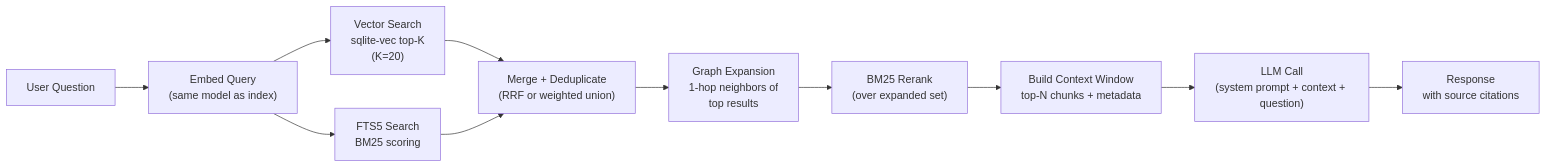
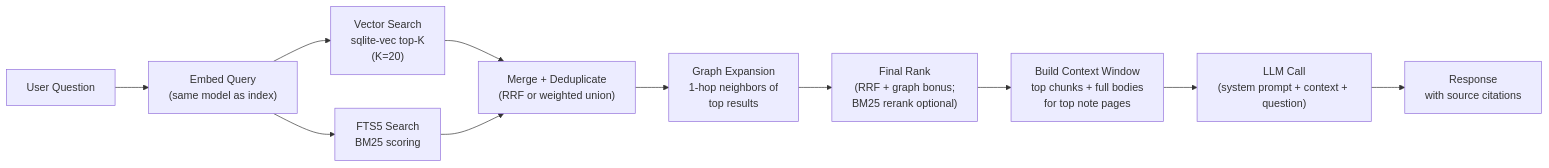
The third of 7 diagrams in docs/technical_architecture/004_AI_INTEGRATION.md (jtarriela/cortex-os), drawn with Mermaid before and after one commit. The commit also changed other lines of this file and 1 other file, not shown here.

````diff
--- a/docs/technical_architecture/004_AI_INTEGRATION.md
+++ b/docs/technical_architecture/004_AI_INTEGRATION.md
@@ -324,12 +326,12 @@
 ```mermaid
 flowchart LR
     Q["User Question"] --> EMBED["Embed Query\n(same model as index)"]
     EMBED --> VEC["Vector Search\nsqlite-vec top-K\n(K=20)"]
     EMBED --> FTS["FTS5 Search\nBM25 scoring"]
     VEC & FTS --> MERGE["Merge + Deduplicate\n(RRF or weighted union)"]
     MERGE --> GRAPH["Graph Expansion\n1-hop neighbors of\ntop results"]
-    GRAPH --> RERANK["BM25 Rerank\n(over expanded set)"]
-    RERANK --> CONTEXT["Build Context Window\ntop-N chunks + metadata"]
+    GRAPH --> RERANK["Final Rank\n(RRF + graph bonus;\nBM25 rerank optional)"]
+    RERANK --> CONTEXT["Build Context Window\ntop chunks + full bodies\nfor top note pages"]
     CONTEXT --> LLM["LLM Call\n(system prompt + context + question)"]
     LLM --> RESP["Response\nwith source citations"]
 ```
````
